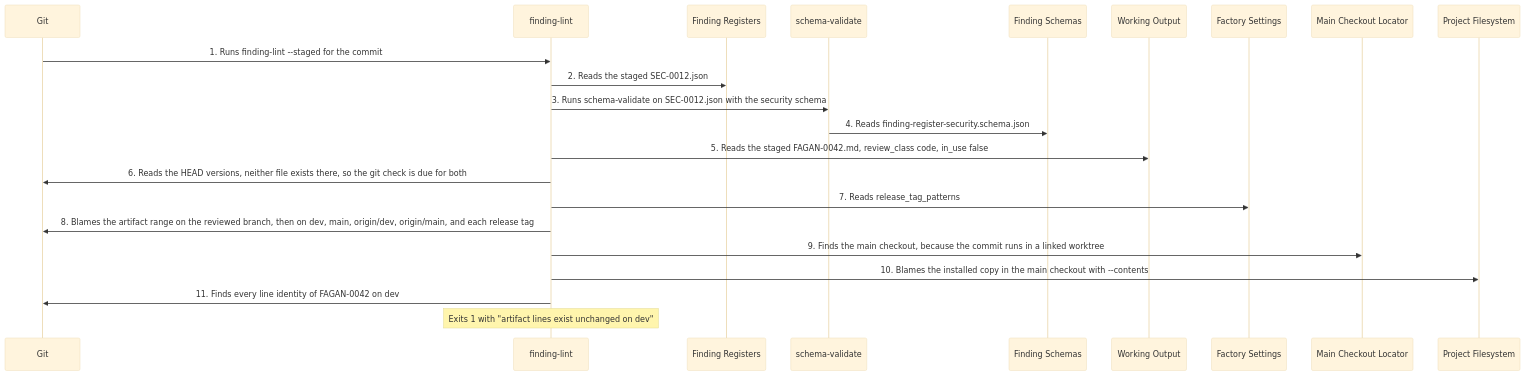
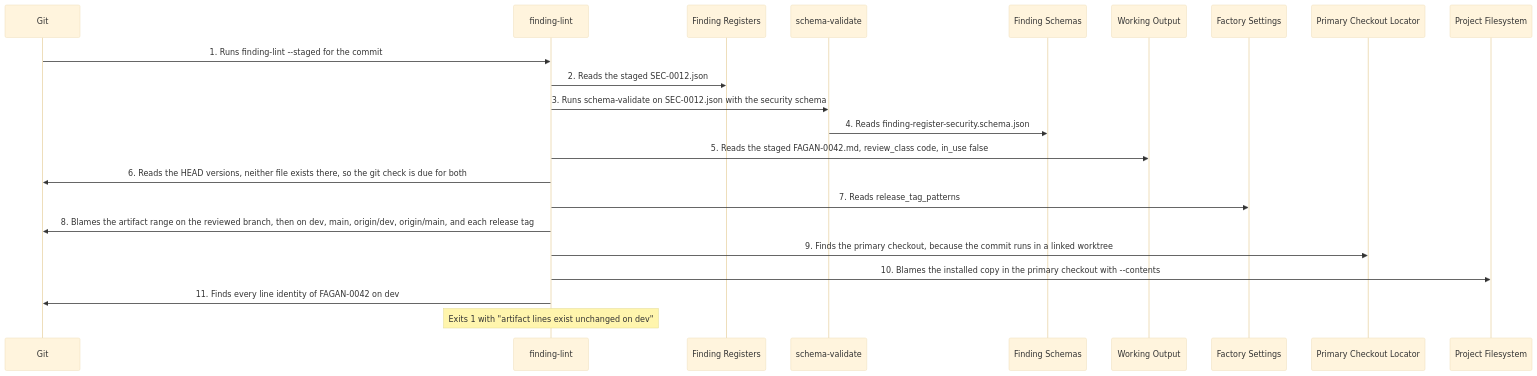
Diagram 28 of 34 in docs/arc42/06_runtime_view.md (matthiasdaues/agent_factory), drawn with Mermaid (base theme) before and after one commit. The commit also changed other lines of this file and 67 other files, not shown here.

First line of the commit message:
docs: update the architecture for the run lifecycle (ADR-0037 to ADR-0040, ARCH-0403)

````diff
--- a/docs/arc42/06_runtime_view.md
+++ b/docs/arc42/06_runtime_view.md
@@ -1099,25 +1089,25 @@
 ```mermaid
 sequenceDiagram
     participant G as Git
     participant FL as finding-lint
     participant FR as Finding Registers
     participant SV as schema-validate
     participant FS as Finding Schemas
     participant WO as Working Output
     participant ST as Factory Settings
-    participant MC as Main Checkout Locator
+    participant MC as Primary Checkout Locator
     participant PF as Project Filesystem
 
     G->>FL: 1. Runs finding-lint --staged for the commit
     FL->>FR: 2. Reads the staged SEC-0012.json
     FL->>SV: 3. Runs schema-validate on SEC-0012.json with the security schema
     SV->>FS: 4. Reads finding-register-security.schema.json
     FL->>WO: 5. Reads the staged FAGAN-0042.md, review_class code, in_use false
     FL->>G: 6. Reads the HEAD versions, neither file exists there, so the git check is due for both
     FL->>ST: 7. Reads release_tag_patterns
     FL->>G: 8. Blames the artifact range on the reviewed branch, then on dev, main, origin/dev, origin/main, and each release tag
-    FL->>MC: 9. Finds the main checkout, because the commit runs in a linked worktree
-    FL->>PF: 10. Blames the installed copy in the main checkout with --contents
+    FL->>MC: 9. Finds the primary checkout, because the commit runs in a linked worktree
+    FL->>PF: 10. Blames the installed copy in the primary checkout with --contents
     FL->>G: 11. Finds every line identity of FAGAN-0042 on dev
     Note over FL: Exits 1 with "artifact lines exist unchanged on dev"
 ```
````
